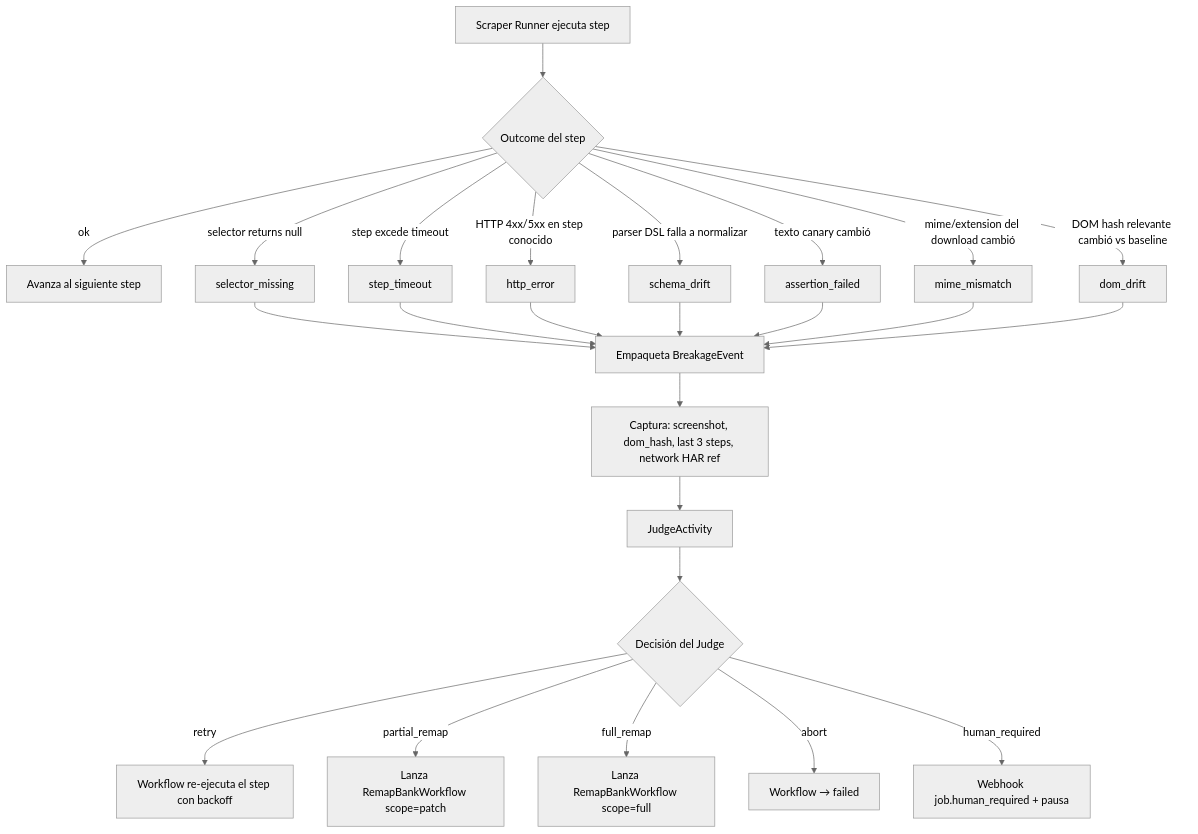
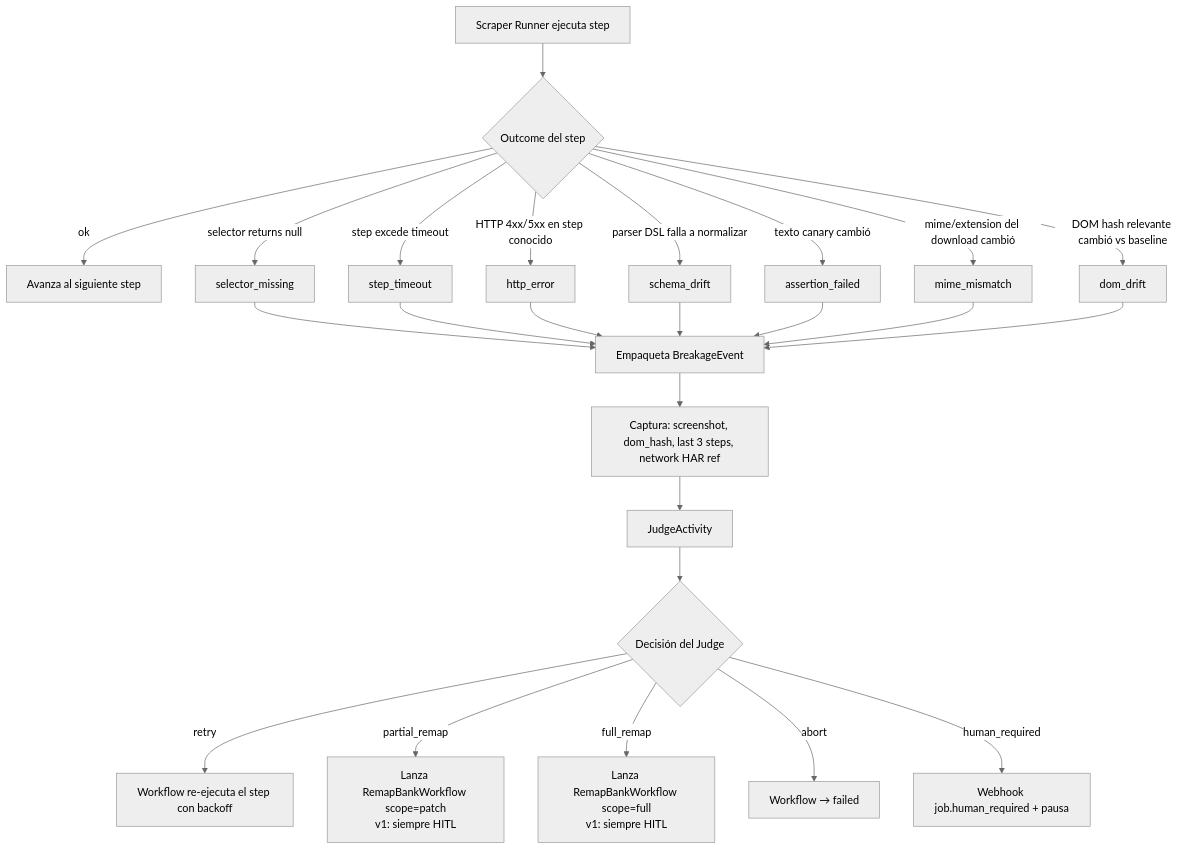
One commit to miketela/open-banca changed the diagram in docs/03-flows/remap-detection.md. Above: the diagram before and after it, drawn with Mermaid (neutral theme). The commit also changed other lines of this file and 3 other files, not shown here.

````diff
--- a/docs/03-flows/remap-detection.md
+++ b/docs/03-flows/remap-detection.md
@@ -7,32 +9,32 @@
 ```mermaid
 flowchart TD
     Run[Scraper Runner ejecuta step] --> Outcome{Outcome del step}
 
     Outcome -->|ok| Continue[Avanza al siguiente step]
 
     Outcome -->|selector returns null| C1[selector_missing]
     Outcome -->|step excede timeout| C2[step_timeout]
     Outcome -->|HTTP 4xx/5xx en step conocido| C3[http_error]
     Outcome -->|parser DSL falla a normalizar| C4[schema_drift]
     Outcome -->|texto canary cambió| C5[assertion_failed]
     Outcome -->|mime/extension del download cambió| C6[mime_mismatch]
     Outcome -->|DOM hash relevante cambió vs baseline| C7[dom_drift]
 
     C1 --> Pack[Empaqueta BreakageEvent]
     C2 --> Pack
     C3 --> Pack
     C4 --> Pack
     C5 --> Pack
     C6 --> Pack
     C7 --> Pack
 
     Pack --> Capture[Captura: screenshot, dom_hash, last 3 steps, network HAR ref]
     Capture --> J[JudgeActivity]
 
     J --> Decision{Decisión del Judge}
     Decision -->|retry| Retry[Workflow re-ejecuta el step con backoff]
-    Decision -->|partial_remap| PR[Lanza RemapBankWorkflow scope=patch]
-    Decision -->|full_remap| FR[Lanza RemapBankWorkflow scope=full]
+    Decision -->|partial_remap| PR[Lanza RemapBankWorkflow scope=patch\nv1: siempre HITL]
+    Decision -->|full_remap| FR[Lanza RemapBankWorkflow scope=full\nv1: siempre HITL]
     Decision -->|abort| Ab[Workflow → failed]
     Decision -->|human_required| HR[Webhook job.human_required + pausa]
 ```
````
